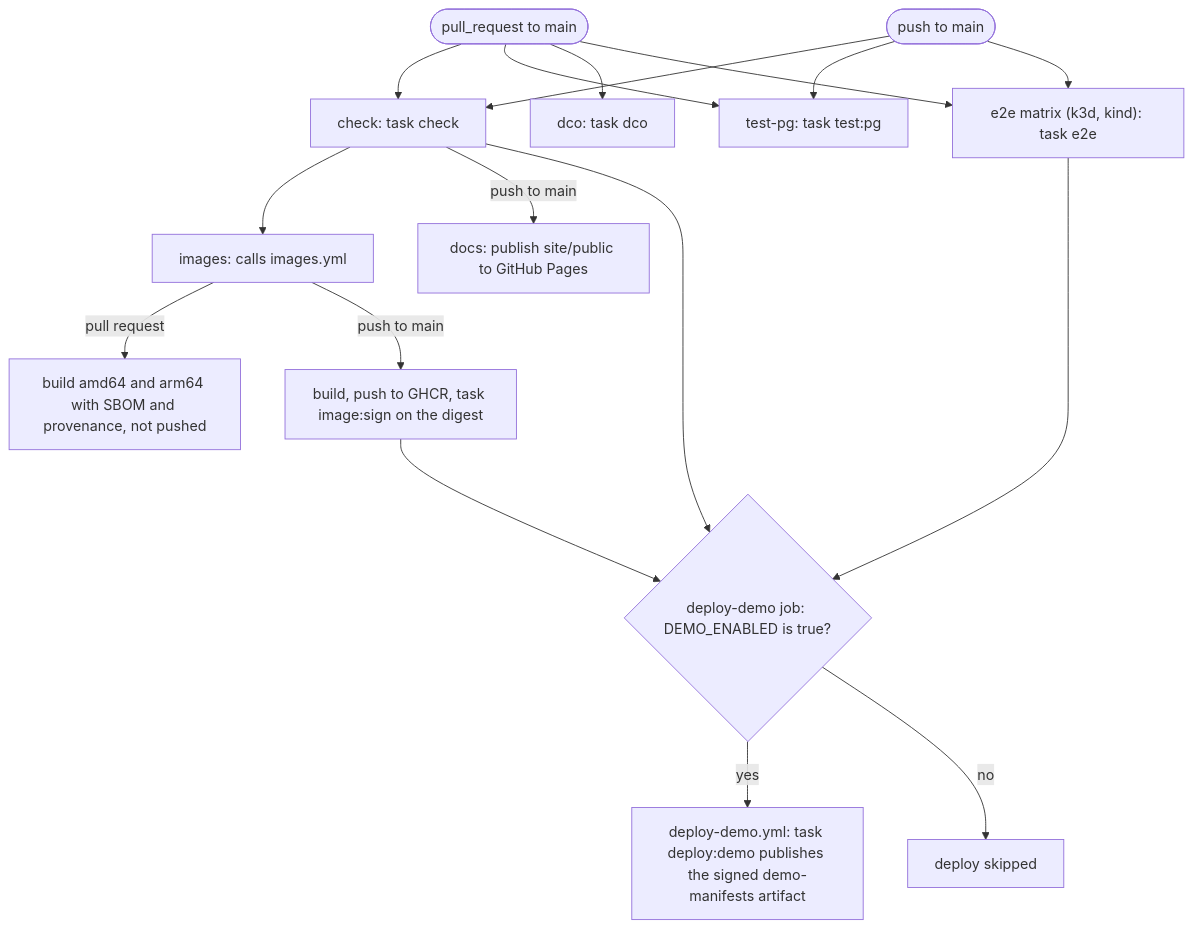
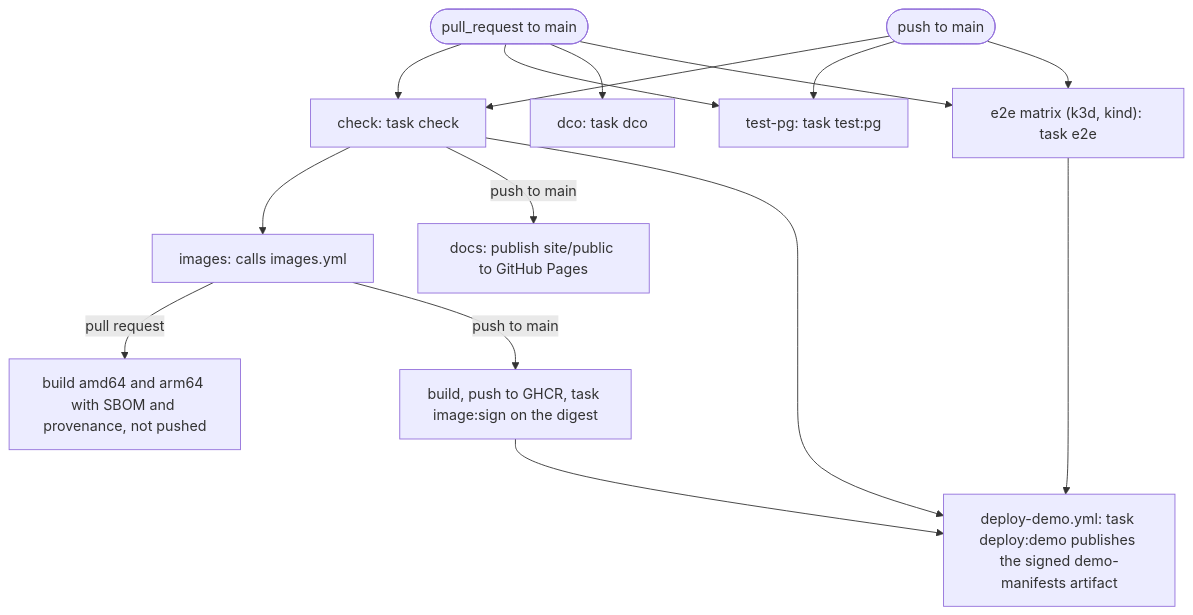
The third of 5 diagrams in docs/dev/pipeline.md (arkadiuss/openfief), drawn with Mermaid before and after one commit. The commit also changed other lines of this file and 4 other files, not shown here.

First line of the commit message:
ci(demo): deploy the demo on every push to main, without DEMO_ENABLED

````diff
--- a/docs/dev/pipeline.md
+++ b/docs/dev/pipeline.md
@@ -138,17 +138,15 @@
 ```mermaid
 flowchart TD
   pr(["pull_request to main"])
   push(["push to main"])
   pr --> check & testpg & dco & e2e
   push --> check & testpg & e2e
   check["check: task check"] --> images["images: calls images.yml"]
   check -->|"push to main"| docsjob["docs: publish site/public to GitHub Pages"]
   testpg["test-pg: task test:pg"]
   dco["dco: task dco"]
   e2e["e2e matrix (k3d, kind): task e2e"]
   images -->|"pull request"| build["build amd64 and arm64 with SBOM and provenance, not pushed"]
   images -->|"push to main"| pub["build, push to GHCR, task image:sign on the digest"]
-  check & e2e & pub --> gate{"deploy-demo job: DEMO_ENABLED is true?"}
-  gate -->|"yes"| demo["deploy-demo.yml: task deploy:demo publishes the signed demo-manifests artifact"]
-  gate -->|"no"| skip["deploy skipped"]
+  check & e2e & pub --> demo["deploy-demo.yml: task deploy:demo publishes the signed demo-manifests artifact"]
 ```
````
